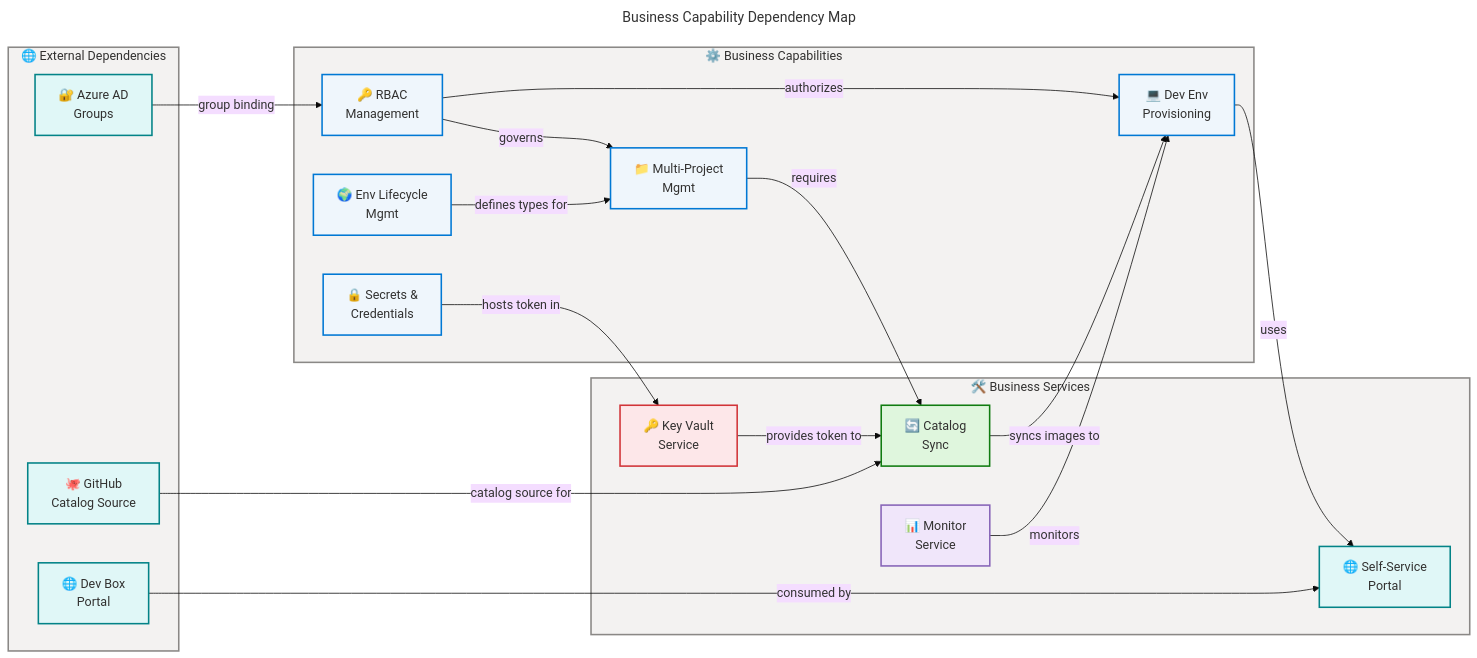
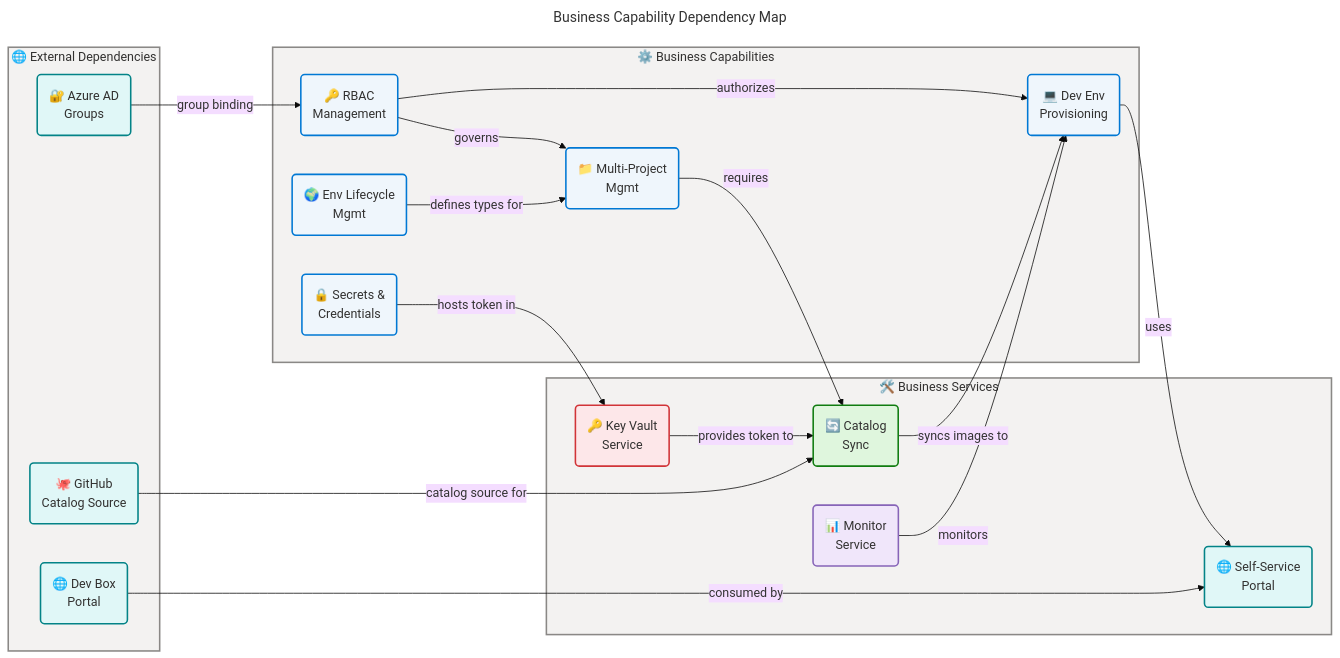
One commit to Evilazaro/DevExp-DevBox changed the fifth of 6 diagrams in docs/architecture/business-architecture.md. Above: the diagram before and after it, drawn with Mermaid. The commit also changed other lines of this file, not shown here.

Commit message:
refactor: update flowchart syntax for improved readability in business architecture documentation

````diff
--- a/docs/architecture/business-architecture.md
+++ b/docs/architecture/business-architecture.md
@@ -1182,71 +1182,71 @@
 ```mermaid
 ---
 title: "Business Capability Dependency Map"
 config:
   theme: base
   look: classic
   layout: dagre
   themeVariables:
     fontSize: '16px'
   flowchart:
     htmlLabels: true
 ---
 flowchart LR
     accTitle: Business Capability Dependency Map
     accDescr: Dependency relationships between business capabilities and the services they depend on, showing critical dependency chains for operational availability
 
     %% ═══════════════════════════════════════════════════════════════════════════
     %% AZURE / FLUENT ARCHITECTURE PATTERN v1.1
     %% (Semantic + Structural + Font + Accessibility Governance)
     %% ═══════════════════════════════════════════════════════════════════════════
     %% PHASE 1 - FLUENT UI: All styling uses approved Fluent UI palette only
     %% PHASE 2 - GROUPS: Every subgraph has semantic color via style directive
     %% PHASE 3 - COMPONENTS: Every node has semantic classDef + icon prefix
     %% PHASE 4 - ACCESSIBILITY: accTitle/accDescr present, WCAG AA contrast
     %% PHASE 5 - STANDARD: Governance block present, classDefs centralized
     %% ═══════════════════════════════════════════════════════════════════════════
 
     subgraph ext["🌐 External Dependencies"]
-        AAD["🔐 Azure AD\nGroups"]:::external
-        PORTAL["🌐 Dev Box\nPortal"]:::external
-        GH["🐙 GitHub\nCatalog Source"]:::external
+        AAD("🔐 Azure AD\nGroups"):::external
+        PORTAL("🌐 Dev Box\nPortal"):::external
+        GH("🐙 GitHub\nCatalog Source"):::external
     end
 
     subgraph biz["⚙️ Business Capabilities"]
-        BC3["🔑 RBAC\nManagement"]:::core
-        BC1["💻 Dev Env\nProvisioning"]:::core
-        BC2["📁 Multi-Project\nMgmt"]:::core
-        BC4["🔒 Secrets &\nCredentials"]:::core
-        BC5["🌍 Env Lifecycle\nMgmt"]:::core
+        BC3("🔑 RBAC\nManagement"):::core
+        BC1("💻 Dev Env\nProvisioning"):::core
+        BC2("📁 Multi-Project\nMgmt"):::core
+        BC4("🔒 Secrets &\nCredentials"):::core
+        BC5("🌍 Env Lifecycle\nMgmt"):::core
     end
 
     subgraph svc["🛠️ Business Services"]
-        BV4["🔑 Key Vault\nService"]:::danger
-        BV2["🔄 Catalog\nSync"]:::success
-        BV3["📊 Monitor\nService"]:::data
-        BV1["🌐 Self-Service\nPortal"]:::external
+        BV4("🔑 Key Vault\nService"):::danger
+        BV2("🔄 Catalog\nSync"):::success
+        BV3("📊 Monitor\nService"):::data
+        BV1("🌐 Self-Service\nPortal"):::external
     end
 
     AAD -->|"group binding"| BC3
     BC3 -->|"authorizes"| BC1
     BC3 -->|"governs"| BC2
     BC1 -->|"uses"| BV1
     BC2 -->|"requires"| BV2
     BC4 -->|"hosts token in"| BV4
     BV4 -->|"provides token to"| BV2
     GH -->|"catalog source for"| BV2
     BC5 -->|"defines types for"| BC2
     BV2 -->|"syncs images to"| BC1
     BV3 -->|"monitors"| BC1
     PORTAL -->|"consumed by"| BV1
 
     style ext  fill:#F3F2F1,stroke:#8A8886,stroke-width:2px,color:#323130
     style biz  fill:#F3F2F1,stroke:#8A8886,stroke-width:2px,color:#323130
     style svc  fill:#F3F2F1,stroke:#8A8886,stroke-width:2px,color:#323130
 
     classDef core     fill:#EFF6FC,stroke:#0078D4,stroke-width:2px,color:#323130
     classDef success  fill:#DFF6DD,stroke:#107C10,stroke-width:2px,color:#323130
     classDef danger   fill:#FDE7E9,stroke:#D13438,stroke-width:2px,color:#323130
     classDef data     fill:#F0E6FA,stroke:#8764B8,stroke-width:2px,color:#323130
     classDef external fill:#E0F7F7,stroke:#038387,stroke-width:2px,color:#323130
 ```
````
